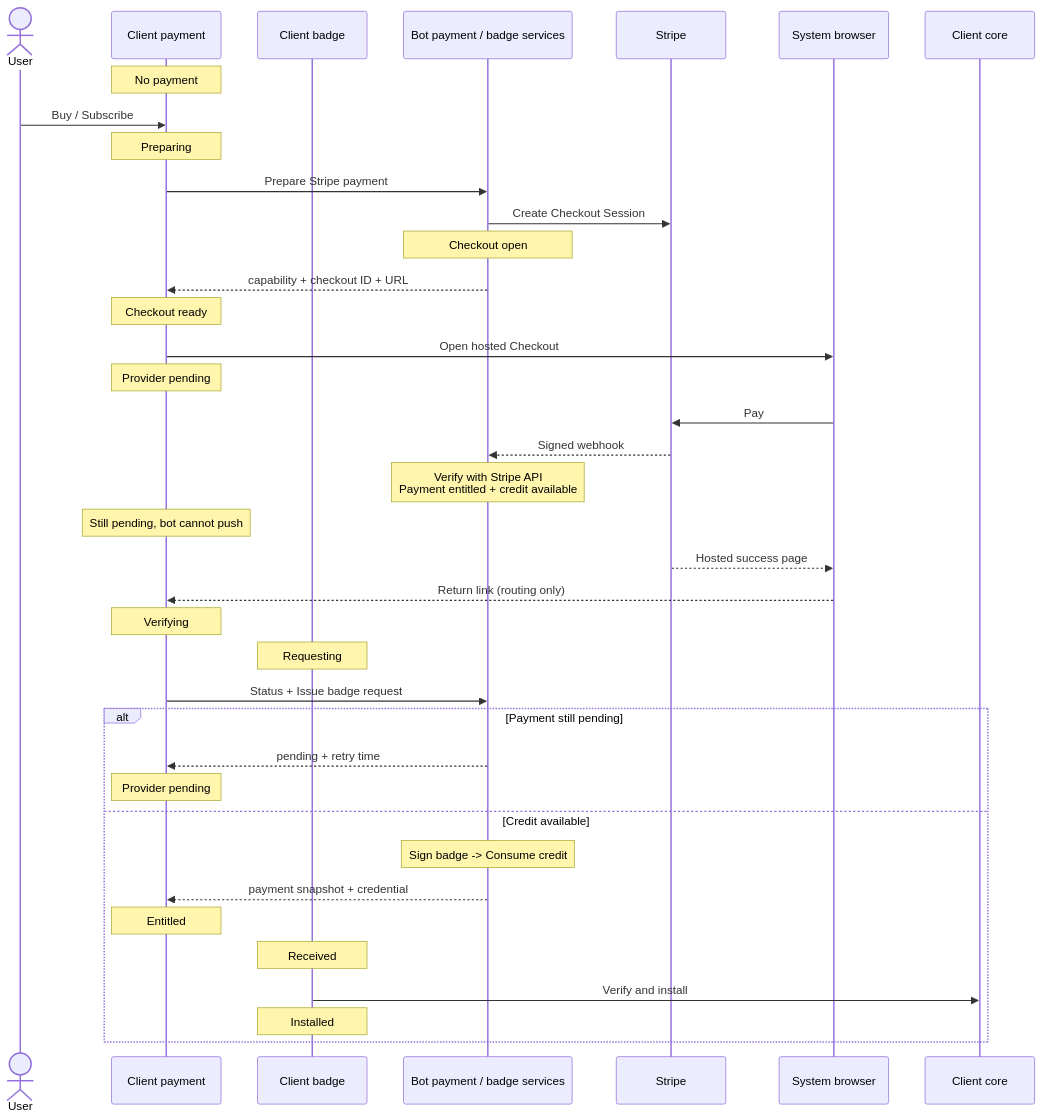
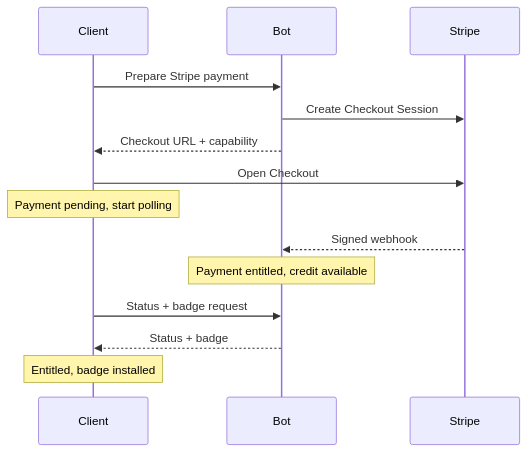
The seventh of 12 diagrams in plans/2026-07-20-supporter-badges-v2-product.md (simplex-chat/simplex-chat), drawn with Mermaid before and after one commit. The commit also changed other lines of this file and 1 other file, not shown here.

Commit message:
docs: streamline badge lifecycle plans

````diff
--- a/plans/2026-07-20-supporter-badges-v2-product.md
+++ b/plans/2026-07-20-supporter-badges-v2-product.md
@@ -184,41 +205,16 @@
 ```mermaid
 sequenceDiagram
-  actor U as User
-  participant CP as Client payment
-  participant CB as Client badge
-  participant B as Bot payment / badge services
+  participant C as Client
+  participant B as Bot
   participant S as Stripe
-  participant W as System browser
-  participant Core as Client core
-
-  Note over CP: No payment
-  U->>CP: Buy / Subscribe
-  Note over CP: Preparing
-  CP->>B: Prepare Stripe payment
+  C->>B: Prepare Stripe payment
   B->>S: Create Checkout Session
-  Note over B: Checkout open
-  B-->>CP: capability + checkout ID + URL
-  Note over CP: Checkout ready
-  CP->>W: Open hosted Checkout
-  Note over CP: Provider pending
-  W->>S: Pay
+  B-->>C: Checkout URL + capability
+  C->>S: Open Checkout
+  Note over C: Payment pending, start polling
   S-->>B: Signed webhook
-  Note over B: Verify with Stripe API<br/>Payment entitled + credit available
-  Note over CP: Still pending, bot cannot push
-  S-->>W: Hosted success page
-  W-->>CP: Return link (routing only)
-  Note over CP: Verifying
-  Note over CB: Requesting
-  CP->>B: Status + Issue badge request
-  alt Payment still pending
-    B-->>CP: pending + retry time
-    Note over CP: Provider pending
-  else Credit available
-    Note over B: Sign badge -> Consume credit
-    B-->>CP: payment snapshot + credential
-    Note over CP: Entitled
-    Note over CB: Received
-    CB->>Core: Verify and install
-    Note over CB: Installed
-  end
+  Note over B: Payment entitled, credit available
+  C->>B: Status + badge request
+  B-->>C: Status + badge
+  Note over C: Entitled, badge installed
 ```
````
